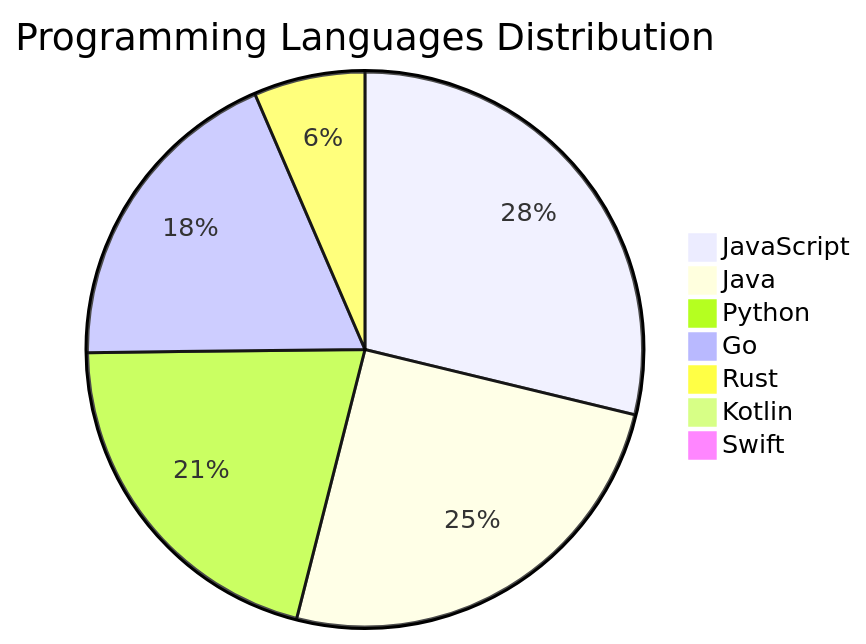
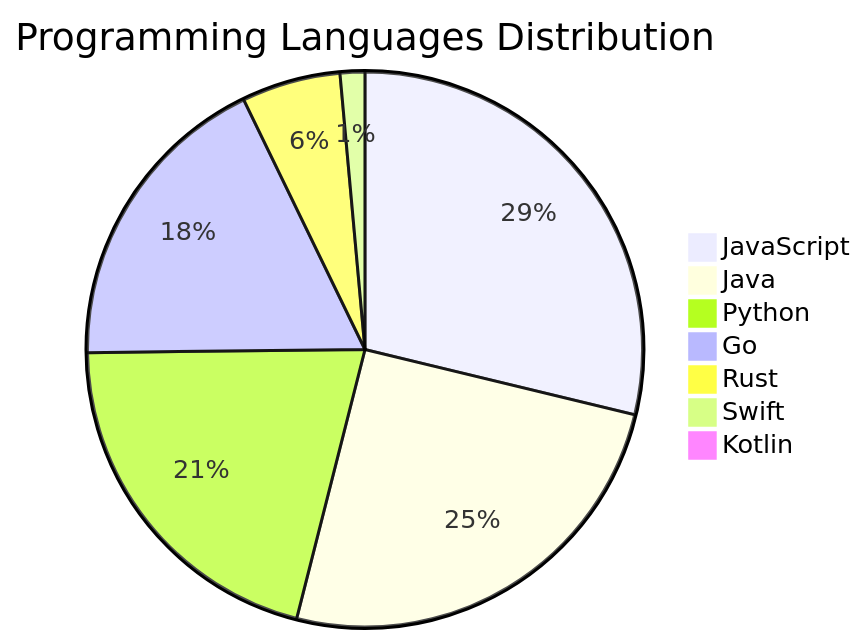
Before and after one commit to Derrick-MUGISHA/github-activity-bot: the diagram in README.md, drawn with Mermaid. The commit also changed other lines of this file and 4 other files, not shown here.

````diff
--- a/README.md
+++ b/README.md
@@ -207,10 +207,10 @@
 ```mermaid
 pie title Programming Languages Distribution
     "JavaScript" : 40
     "Java" : 35
     "Python" : 29
-    "Go" : 26
-    "Rust" : 9
+    "Go" : 25
+    "Rust" : 8
+    "Swift" : 2
     "Kotlin" : 1
-    "Swift" : 1
 ```
````
